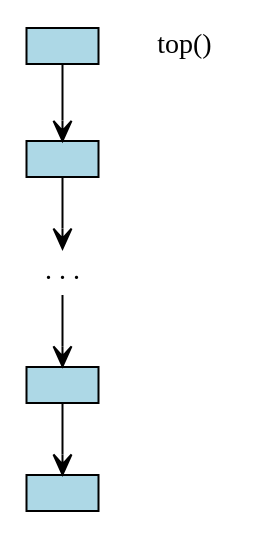
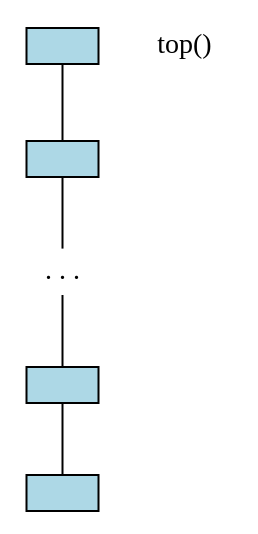
The fourth of 7 diagrams in _sources/containers/sequence-containers.rst (DaveParillo/intermediate-cpp), drawn with Graphviz before and after one commit. The commit also changed other lines of this file and 7 other files, not shown here.

```diff
--- a/_sources/containers/sequence-containers.rst
+++ b/_sources/containers/sequence-containers.rst
@@ -234,16 +233,16 @@
 .. graphviz::
 
    digraph g {
-        node [fontname = "Bitstream Vera Sans",
+        node [fontname = "Bitstream Vera Sans", fontsize=14,
               style=filled, fillcolor=lightblue,
               shape=box, width=0.5, height=.25, label=""];
 
         a,b,d,e;
         c [label=". . .", style=none, color=white];
 
         top [shape=none, style=none, label="top()"];
 
-        a -> b -> c -> d -> e [ arrowhead=vee];
+        a -> b -> c -> d -> e [ arrowhead=none];
         top -> a [style=invis, constraint = false];
 
    }
```
